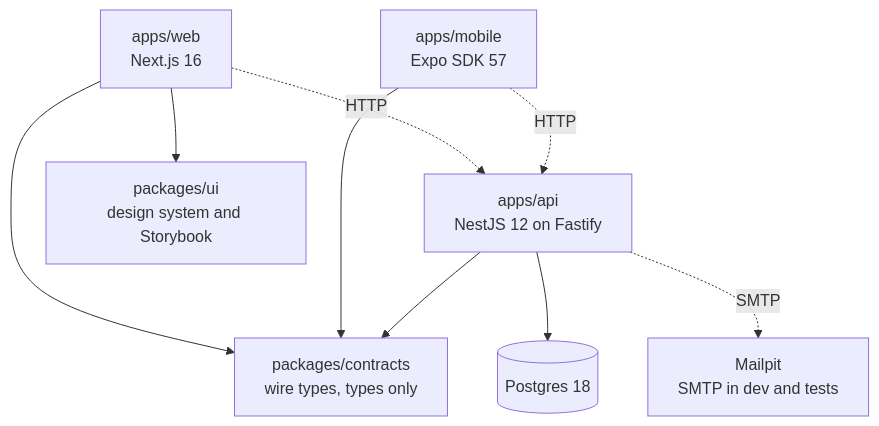
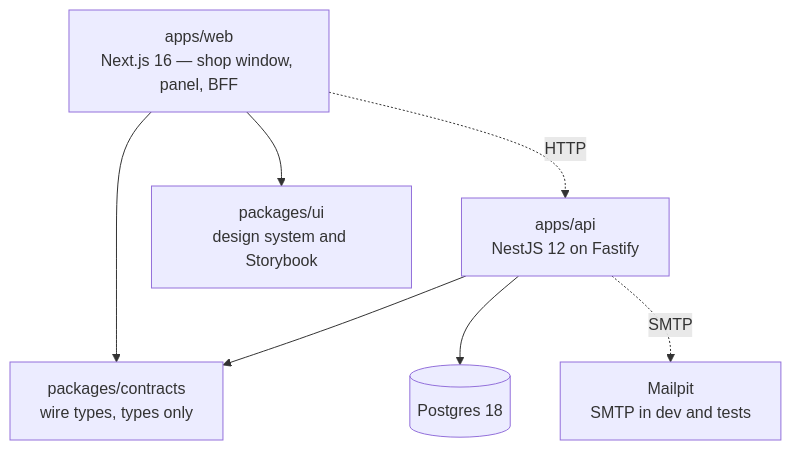
Before and after one commit to rafaelsrabelo/beelink-monorepo: the first of 2 diagrams in README.md, drawn with Mermaid. The commit also changed other lines of this file and 11 other files, not shown here.

````diff
--- a/README.md
+++ b/README.md
@@ -119,19 +128,16 @@
 ```mermaid
 graph TD
-  web["apps/web<br/>Next.js 16"]
-  mobile["apps/mobile<br/>Expo SDK 57"]
+  web["apps/web<br/>Next.js 16 — shop window, panel, BFF"]
   api["apps/api<br/>NestJS 12 on Fastify"]
   contracts["packages/contracts<br/>wire types, types only"]
   ui["packages/ui<br/>design system and Storybook"]
   db[("Postgres 18")]
   mail["Mailpit<br/>SMTP in dev and tests"]
 
   web --> ui
   web --> contracts
-  mobile --> contracts
   api --> contracts
   web -. HTTP .-> api
-  mobile -. HTTP .-> api
   api --> db
   api -. SMTP .-> mail
 ```
````
